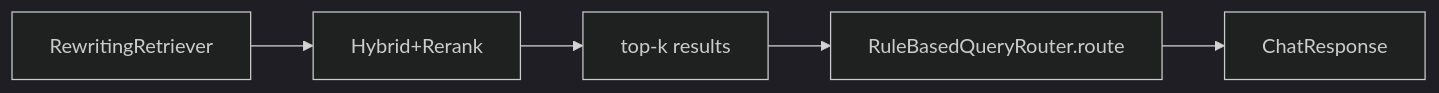
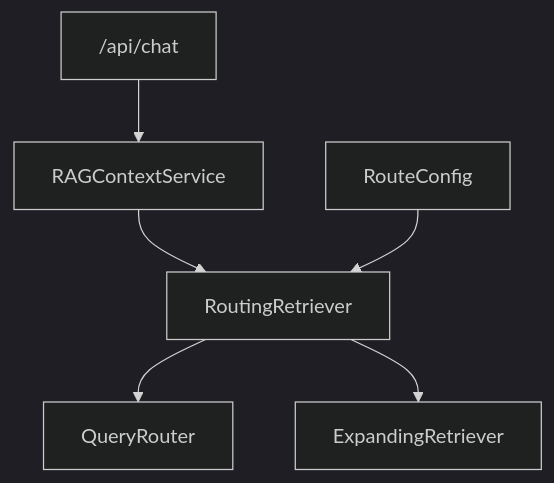
Before and after one commit to ab6539763/70_days_course_plus: the diagram in course/day36/03_架构设计.md, drawn with Mermaid (dark theme). The commit also changed other lines of this file and 128 other files, not shown here.

First line of the commit message:
fix(course): repair day31-37 diagrams, titles, and missing content

````diff
--- a/course/day36/03_架构设计.md
+++ b/course/day36/03_架构设计.md
@@ -66,7 +5,8 @@
 ```mermaid
-flowchart LR
-    RW[RewritingRetriever] --> HY[Hybrid+Rerank]
-    HY --> RES[top-k results]
-    RES --> CIT[RuleBasedQueryRouter.route]
-    CIT --> CHAT[ChatResponse]
+flowchart TD
+    CHAT["/api/chat"] --> RAG[RAGContextService]
+    RAG --> RT[RoutingRetriever]
+    RT --> QR[QueryRouter]
+    RT --> EXP[ExpandingRetriever]
+    CFG[RouteConfig] --> RT
 ```
````
